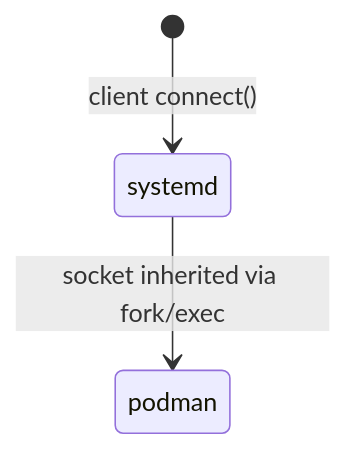
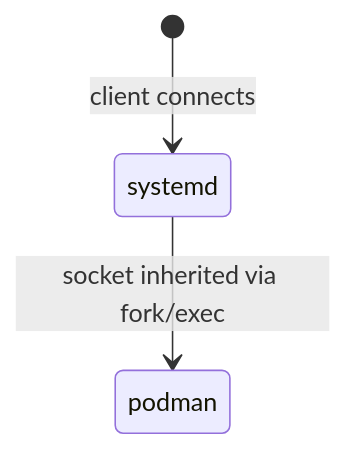
One commit to eriksjolund/podman-socket-activation changed the second of 2 diagrams in README.md. Above: the diagram before and after it, drawn with Mermaid. The commit also changed other lines of this file, not shown here.

Commit message:
Adjust diagram text

````diff
--- a/README.md
+++ b/README.md
@@ -45,5 +45,5 @@
 ``` mermaid
 stateDiagram-v2
-    [*] --> systemd: client connect()
+    [*] --> systemd: client connects
     systemd --> podman: socket inherited via fork/exec
 ```
````
